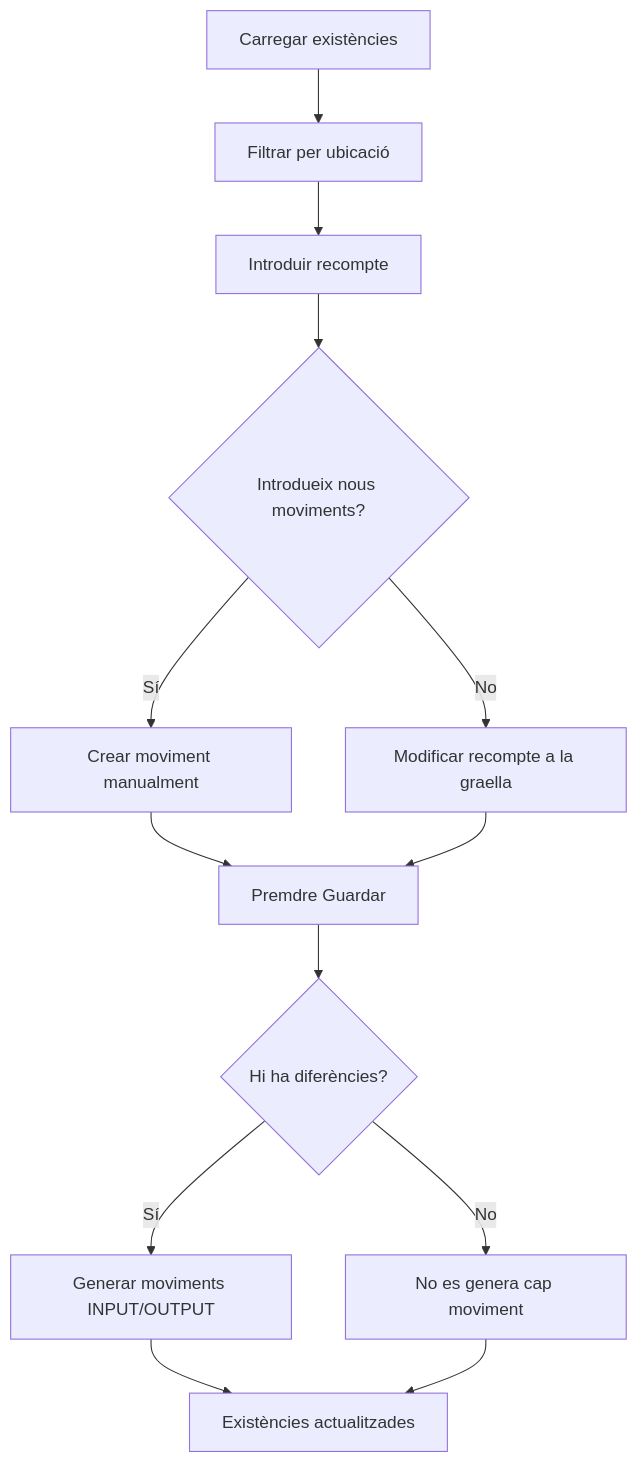
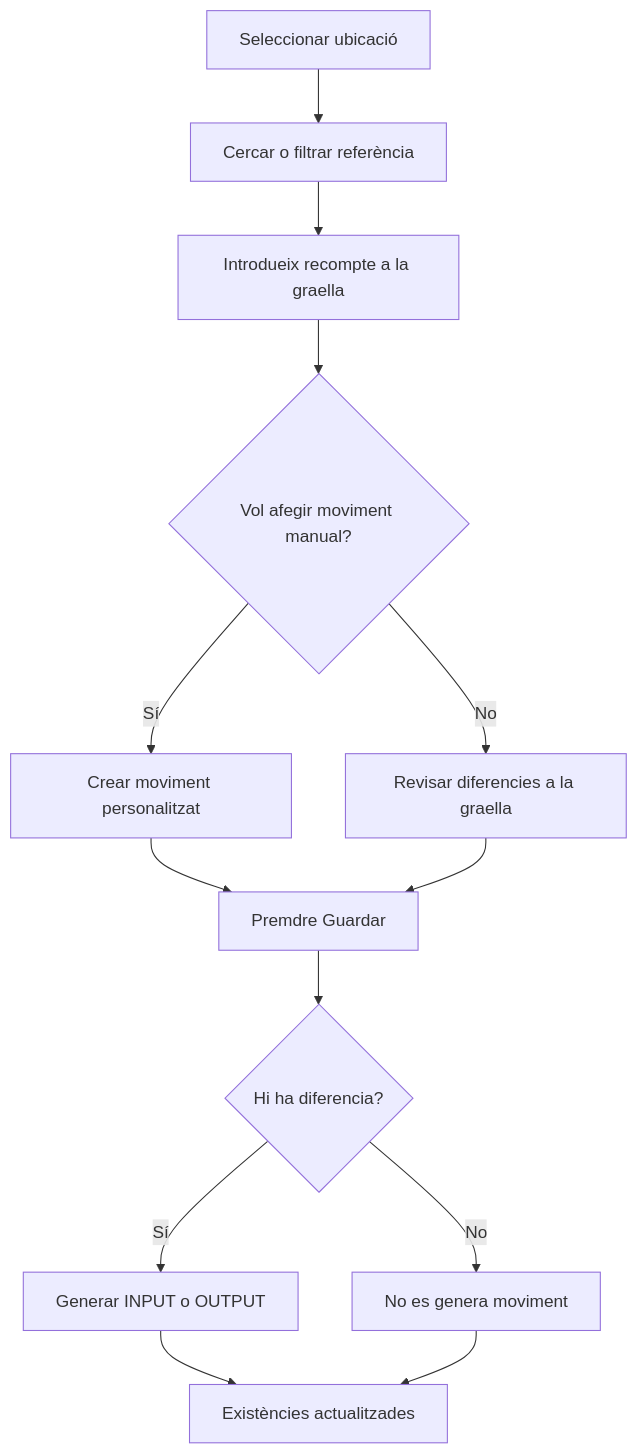
One commit to MGurtD/lilith changed the diagram in frontend/src/help/ca/warehouse/inventory/list.md. Above: the diagram before and after it, drawn with Mermaid. The commit also changed other lines of this file, not shown here.

````diff
--- a/frontend/src/help/ca/warehouse/inventory/list.md
+++ b/frontend/src/help/ca/warehouse/inventory/list.md
@@ -37,15 +43,15 @@
 ```mermaid
 flowchart TD
-    A[Carregar existències] --> B[Filtrar per ubicació]
-    B --> C[Introduir recompte]
-    C --> D{Introdueix nous moviments?}
-    D -->|Sí| E[Crear moviment manualment]
-    D -->|No| F[Modificar recompte a la graella]
+    A[Seleccionar ubicació] --> B[Cercar o filtrar referència]
+    B --> C[Introdueix recompte a la graella]
+    C --> D{Vol afegir moviment manual?}
+    D -->|Sí| E[Crear moviment personalitzat]
+    D -->|No| F[Revisar diferencies a la graella]
     E --> G[Premdre Guardar]
     F --> G
-    G --> H{Hi ha diferències?}
-    H -->|Sí| I[Generar moviments INPUT/OUTPUT]
-    H -->|No| J[No es genera cap moviment]
+    G --> H{Hi ha diferencia?}
+    H -->|Sí| I[Generar INPUT o OUTPUT]
+    H -->|No| J[No es genera moviment]
     I --> K[Existències actualitzades]
     J --> K
 ```
````
